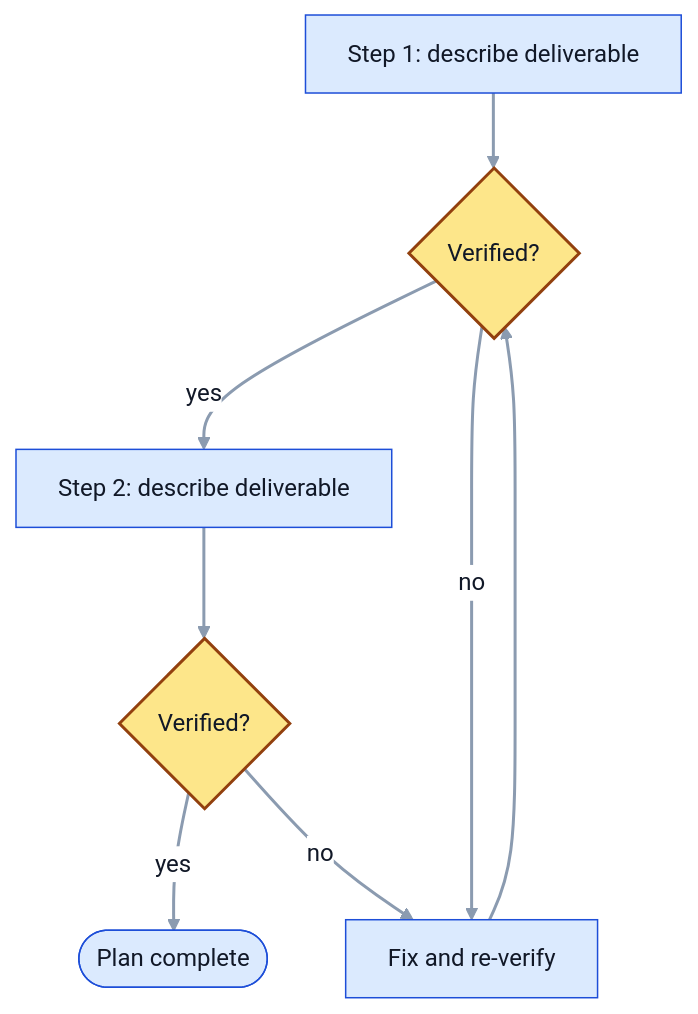
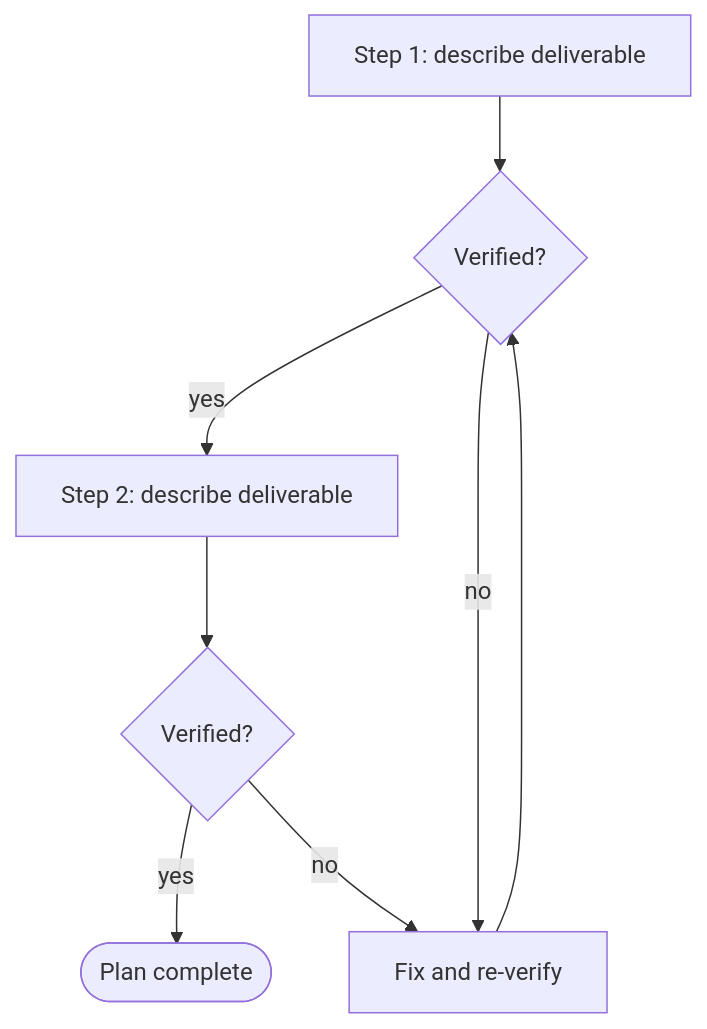
The diagram in skills/agentic-sdlc-bootstrap/assets/templates/plan.md (rafapc2/agentic_sdlc), drawn with Mermaid before and after one commit. The commit also changed other lines of this file and 12 other files, not shown here.

First line of the commit message:
fix: use the default Mermaid theme in diagrams

````diff
--- a/skills/agentic-sdlc-bootstrap/assets/templates/plan.md
+++ b/skills/agentic-sdlc-bootstrap/assets/templates/plan.md
@@ -32,13 +32,9 @@
 ```mermaid
-%%{init: {"theme":"base","themeVariables":{"fontFamily":"Arial, sans-serif","fontSize":"16px","lineColor":"#8b9bb0","textColor":"#111827","primaryTextColor":"#111827","primaryColor":"#dbeafe","primaryBorderColor":"#1d4ed8","edgeLabelBackground":"#ffffff","clusterBkg":"#f1f5f9","clusterBorder":"#475569","titleColor":"#111827"},"flowchart":{"curve":"basis","padding":14}}}%%
 flowchart TD
   S1[Step 1: describe deliverable] --> V1{Verified?}
   V1 -- yes --> S2[Step 2: describe deliverable]
   V1 -- no --> F1[Fix and re-verify] --> V1
   S2 --> V2{Verified?}
   V2 -- yes --> Done([Plan complete])
   V2 -- no --> F1
-  classDef check fill:#fde68a,stroke:#92400e,stroke-width:2px,color:#111827;
-  class V1,V2 check;
-  linkStyle default stroke-width:2px;
 ```
````
